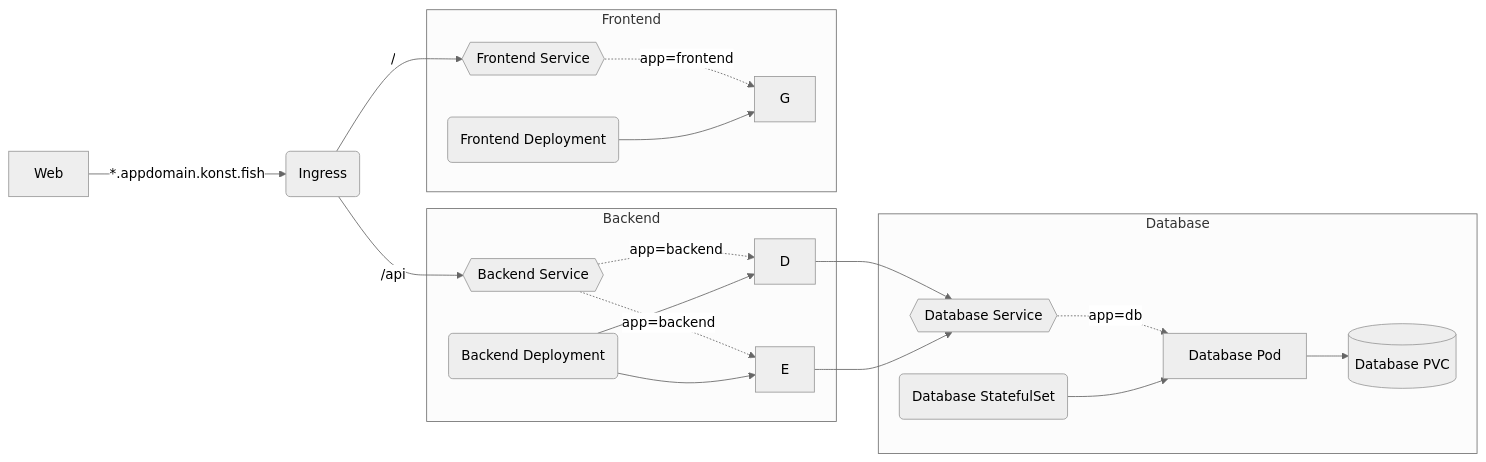
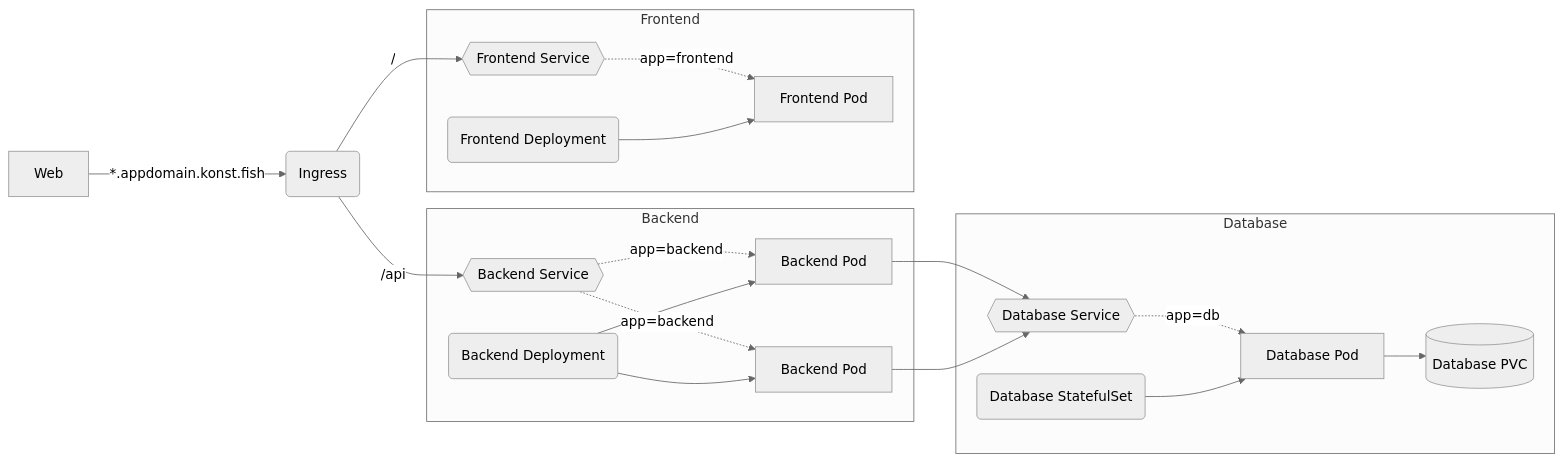
Before and after one commit to konstfish/shoal: the diagram in docs/usage/Usage.md, drawn with Mermaid (neutral theme). The commit also changed other lines of this file and 3 other files, not shown here.

````diff
--- a/docs/usage/Usage.md
+++ b/docs/usage/Usage.md
@@ -12,25 +12,25 @@
 ```mermaid
 flowchart LR
     A[Web] -->|*.appdomain.konst.fish| B(Ingress)
     B -->|/api| C{{Backend Service}}
     subgraph Backend
-    C-. app=backend .-> D
-    C-. app=backend .-> E
+    C-. app=backend .-> D[Backend Pod]
+    C-. app=backend .-> E[Backend Pod]
     H(Backend Deployment) --> D
     H --> E
     end
 
     B -->|/| F{{Frontend Service}}
     subgraph Frontend
-    F-. app=frontend .-> G
+    F-. app=frontend .-> G[Frontend Pod]
     I(Frontend Deployment) --> G
     end
 
     subgraph Database
     D --> J{{Database Service}}
     E --> J
     J -. app=db .-> K[Database Pod]
     L(Database StatefulSet) --> K
     K --> M[(Database PVC)]
     end
 ```
````
